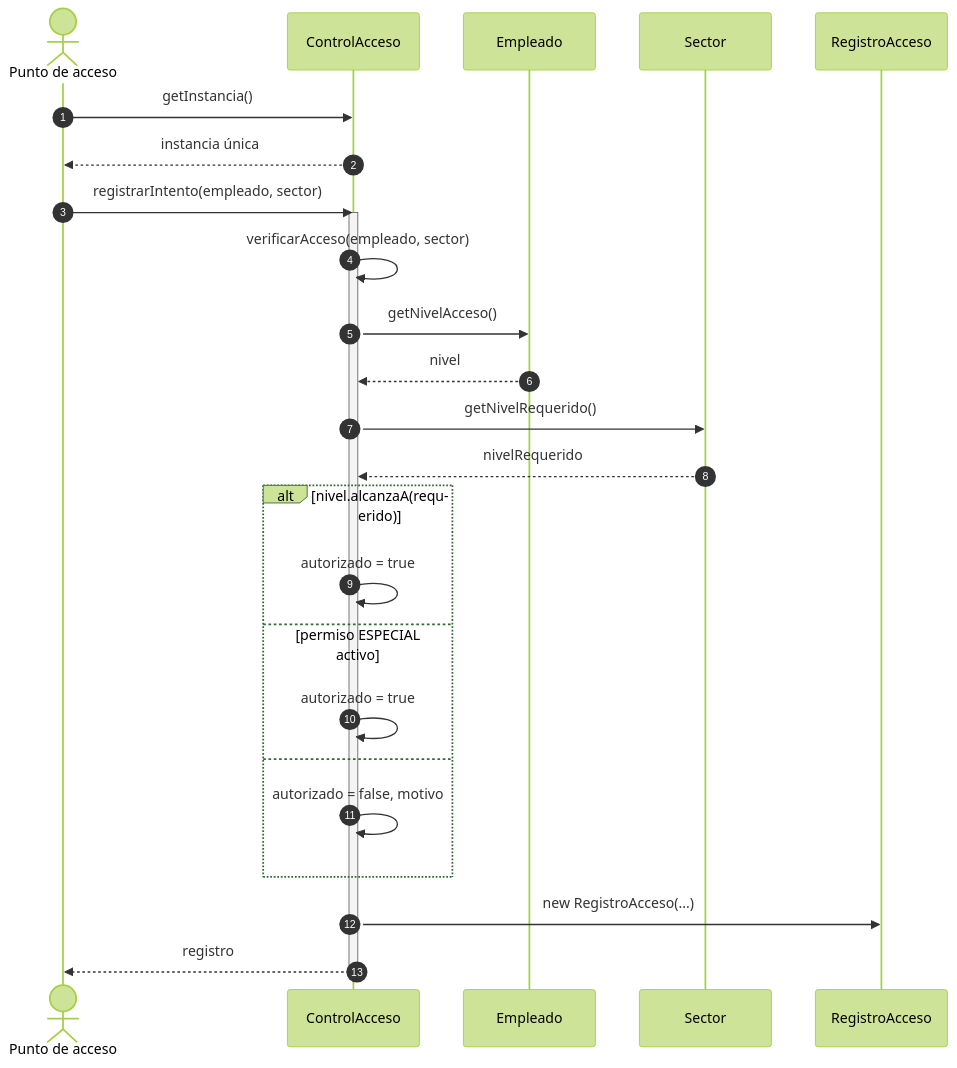
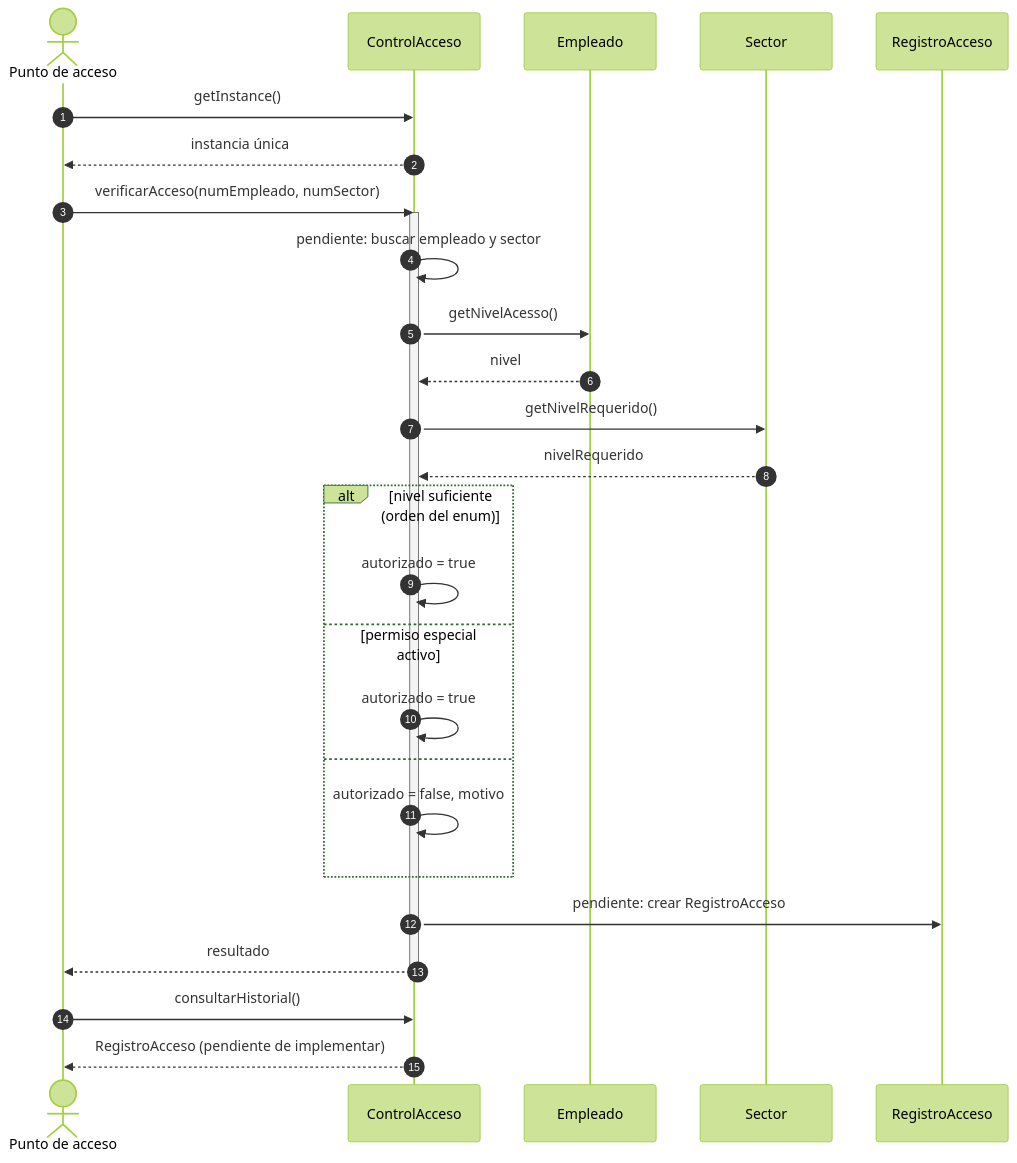
Before and after one commit to PatronSingleton-DisenoSoftware/Patron-Singleton-Software-EGI: the diagram in docs/EGI-Patron-Singleton.md, drawn with Mermaid (forest theme). The commit also changed other lines of this file and 12 other files, not shown here.

````diff
--- a/docs/EGI-Patron-Singleton.md
+++ b/docs/EGI-Patron-Singleton.md
@@ -199,29 +213,31 @@
 ```mermaid
 sequenceDiagram
     autonumber
     actor PA as Punto de acceso
     participant CA as ControlAcceso
     participant EM as Empleado
     participant SE as Sector
     participant RE as RegistroAcceso
 
-    PA->>CA: getInstancia()
+    PA->>CA: getInstance()
     CA-->>PA: instancia única
-    PA->>CA: registrarIntento(empleado, sector)
+    PA->>CA: verificarAcceso(numEmpleado, numSector)
     activate CA
-    CA->>CA: verificarAcceso(empleado, sector)
-    CA->>EM: getNivelAcceso()
+    CA->>CA: pendiente: buscar empleado y sector
+    CA->>EM: getNivelAcesso()
     EM-->>CA: nivel
     CA->>SE: getNivelRequerido()
     SE-->>CA: nivelRequerido
-    alt nivel.alcanzaA(requerido)
+    alt nivel suficiente (orden del enum)
         CA->>CA: autorizado = true
-    else permiso ESPECIAL activo
+    else permiso especial activo
         CA->>CA: autorizado = true
     else
         CA->>CA: autorizado = false, motivo
     end
-    CA->>RE: new RegistroAcceso(...)
-    CA-->>PA: registro
+    CA->>RE: pendiente: crear RegistroAcceso
+    CA-->>PA: resultado
     deactivate CA
+    PA->>CA: consultarHistorial()
+    CA-->>PA: RegistroAcceso (pendiente de implementar)
 ```
````
